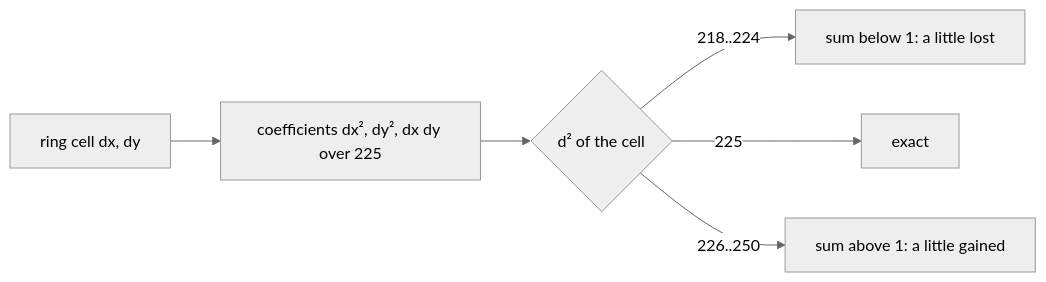
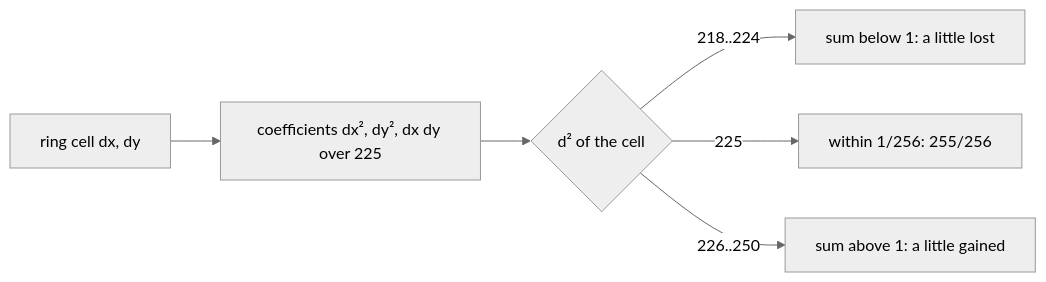
Before and after one commit to alfishe/unrealng-reverse-cases: diagram 13 of 13 in games/video-pool/docs/10-gameplay-logic.md, drawn with Mermaid (neutral theme). The commit also changed other lines of this file and 51 other files, not shown here.

````diff
--- a/games/video-pool/docs/10-gameplay-logic.md
+++ b/games/video-pool/docs/10-gameplay-logic.md
@@ -956,8 +1065,8 @@
 ```mermaid
 flowchart LR
     A[ring cell dx, dy] --> B[coefficients dx², dy², dx dy over 225]
     B --> C{d² of the cell}
     C -- 218..224 --> D[sum below 1: a little lost]
-    C -- 225 --> E[exact]
+    C -- 225 --> E[within 1/256: 255/256]
     C -- 226..250 --> F[sum above 1: a little gained]
 ```
````
